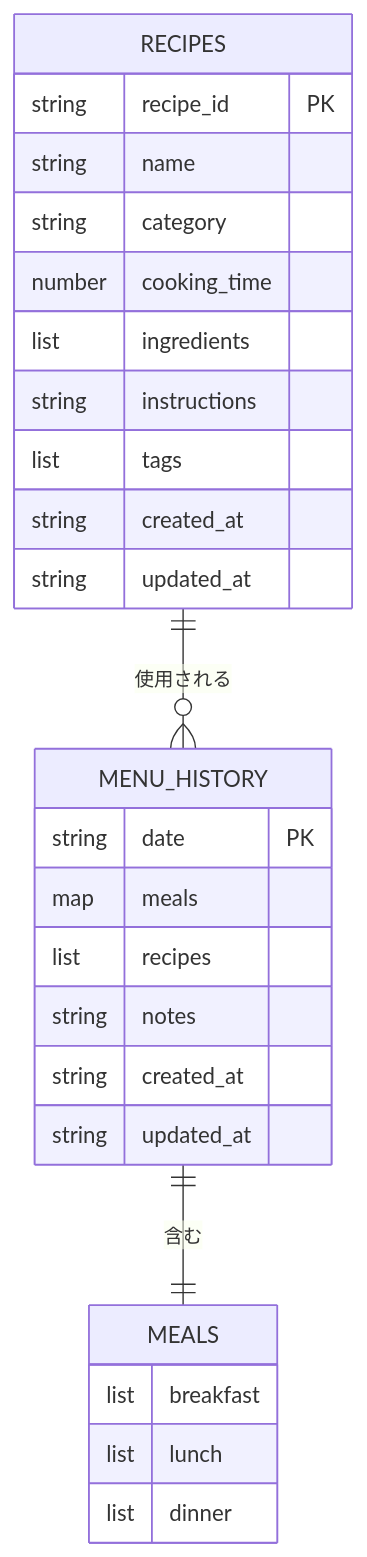
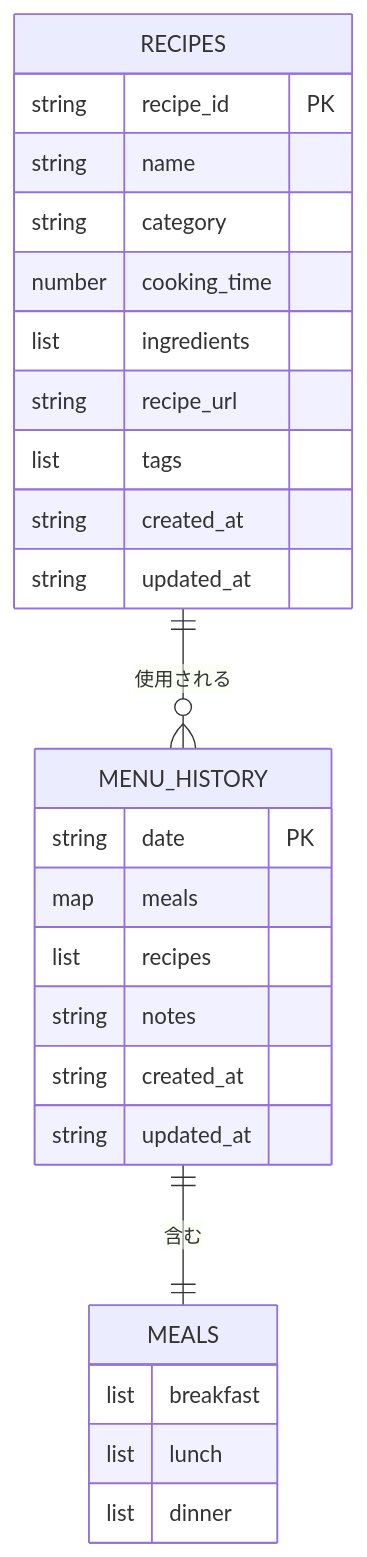
One commit to takuya29/kondate-planner changed the fifth of 5 diagrams in README.md. Above: the diagram before and after it, drawn with Mermaid. The commit also changed other lines of this file and 3 other files, not shown here.

Commit message:
Update DB Schema (#25)

````diff
--- a/README.md
+++ b/README.md
@@ -153,33 +153,33 @@
 ```mermaid
 erDiagram
     RECIPES ||--o{ MENU_HISTORY : "使用される"
 
     RECIPES {
         string recipe_id PK
         string name
         string category
         number cooking_time
         list ingredients
-        string instructions
+        string recipe_url
         list tags
         string created_at
         string updated_at
     }
 
     MENU_HISTORY {
         string date PK
         map meals
         list recipes
         string notes
         string created_at
         string updated_at
     }
 
     MEALS {
         list breakfast
         list lunch
         list dinner
     }
 
     MENU_HISTORY ||--|| MEALS : "含む"
 ```
````
